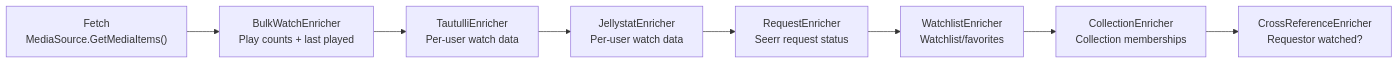
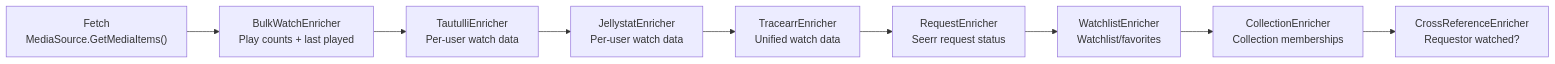
One commit to Wesleyl89/capacitarr changed the fourth of 6 diagrams in docs/architecture.md. Above: the diagram before and after it, drawn with Mermaid. The commit also changed other lines of this file and 15 other files, not shown here.

````diff
--- a/docs/architecture.md
+++ b/docs/architecture.md
@@ -196,13 +197,14 @@
 ```mermaid
 flowchart LR
     FETCH["Fetch<br/>MediaSource.GetMediaItems()"]
     BULK["BulkWatchEnricher<br/>Play counts + last played"]
     TAUTULLI_E["TautulliEnricher<br/>Per-user watch data"]
     JELLYSTAT_E["JellystatEnricher<br/>Per-user watch data"]
+    TRACEARR_E["TracearrEnricher<br/>Unified watch data"]
     REQUEST["RequestEnricher<br/>Seerr request status"]
     WATCHLIST["WatchlistEnricher<br/>Watchlist/favorites"]
     COLLECTION["CollectionEnricher<br/>Collection memberships"]
     XREF["CrossReferenceEnricher<br/>Requestor watched?"]
 
-    FETCH --> BULK --> TAUTULLI_E --> JELLYSTAT_E --> REQUEST --> WATCHLIST --> COLLECTION --> XREF
+    FETCH --> BULK --> TAUTULLI_E --> JELLYSTAT_E --> TRACEARR_E --> REQUEST --> WATCHLIST --> COLLECTION --> XREF
 ```
````
